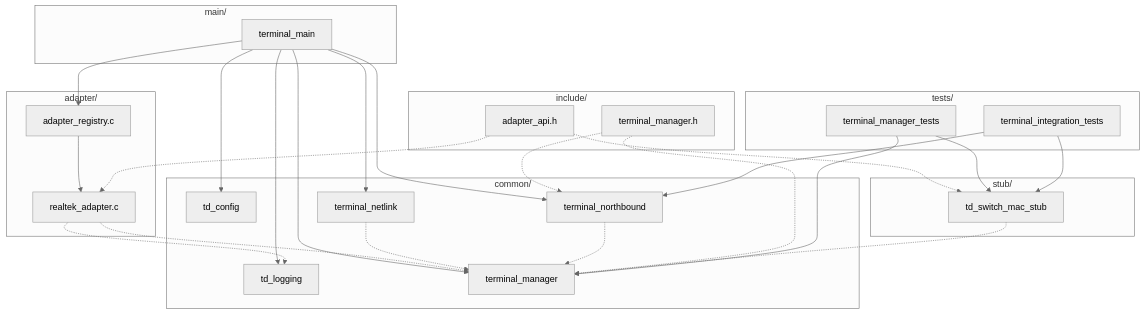
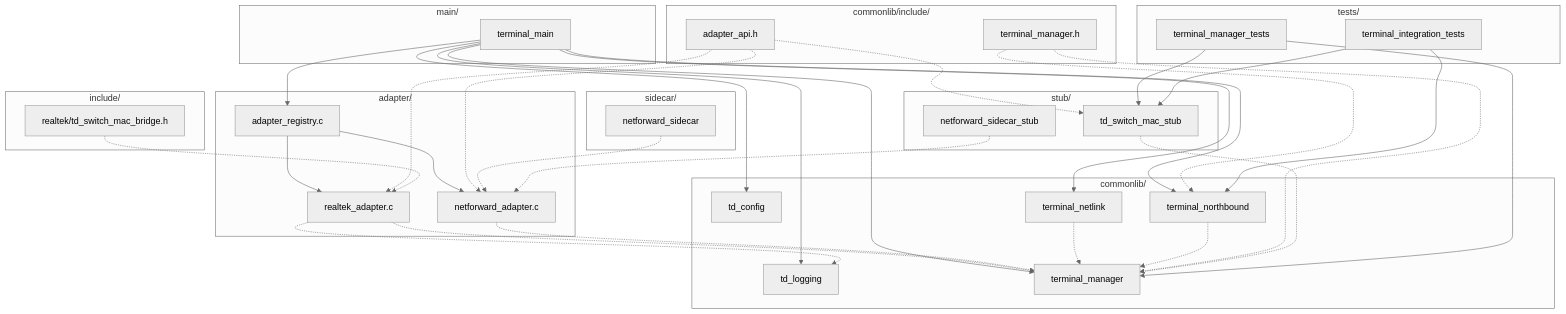
Before and after one commit to adinxu/Demo: the first of 11 diagrams in C++/Windows/CodeBlocks/TerminalDiscovery/doc/design/src_overview.md, drawn with Mermaid (neutral theme). The commit also changed other lines of this file and 3 other files, not shown here.

````diff
--- a/C++/Windows/CodeBlocks/TerminalDiscovery/doc/design/src_overview.md
+++ b/C++/Windows/CodeBlocks/TerminalDiscovery/doc/design/src_overview.md
@@ -87,54 +89,70 @@
 ```mermaid
 flowchart TD
     subgraph Adapter["adapter/"]
         RA["realtek_adapter.c"]
+        NFA["netforward_adapter.c"]
         REG["adapter_registry.c"]
     end
 
-    subgraph Common["common/"]
+    subgraph Common["commonlib/"]
         LOG["td_logging"]
         CFG["td_config"]
         TM["terminal_manager"]
         NL["terminal_netlink"]
         NB["terminal_northbound"]
     end
 
-  subgraph Include["include/"]
+  subgraph CommonInclude["commonlib/include/"]
     API["adapter_api.h"]
     TMH["terminal_manager.h"]
   end
 
+  subgraph PlatformInclude["include/"]
+    RTLH["realtek/td_switch_mac_bridge.h"]
+  end
+
+  subgraph Sidecar["sidecar/"]
+    NFS["netforward_sidecar"]
+  end
+
   subgraph Stub["stub/"]
     MACStub["td_switch_mac_stub"]
+    NFStub["netforward_sidecar_stub"]
   end
 
   subgraph Tests["tests/"]
     TmUT["terminal_manager_tests"]
     TiIT["terminal_integration_tests"]
   end
 
     subgraph Main["main/"]
         ENTRY["terminal_main"]
     end
 
     REG --> RA
+    REG --> NFA
     ENTRY --> CFG
     ENTRY --> LOG
     ENTRY --> REG
     ENTRY --> TM
     ENTRY --> NL
     ENTRY --> NB
     RA -.-> LOG
     RA -.-> TM
+    NFA -.-> TM
     NL -.-> TM
     NB -.-> TM
   API -.-> RA
+  API -.-> NFA
   API -.-> MACStub
   TMH -.-> TM
   TMH -.-> NB
+  RTLH -.-> RA
   MACStub -.-> TM
+  NFS -.-> NFA
+  NFStub -.-> NFA
   TmUT --> TM
   TmUT --> MACStub
   TiIT --> NB
   TiIT --> MACStub
 ```
````
